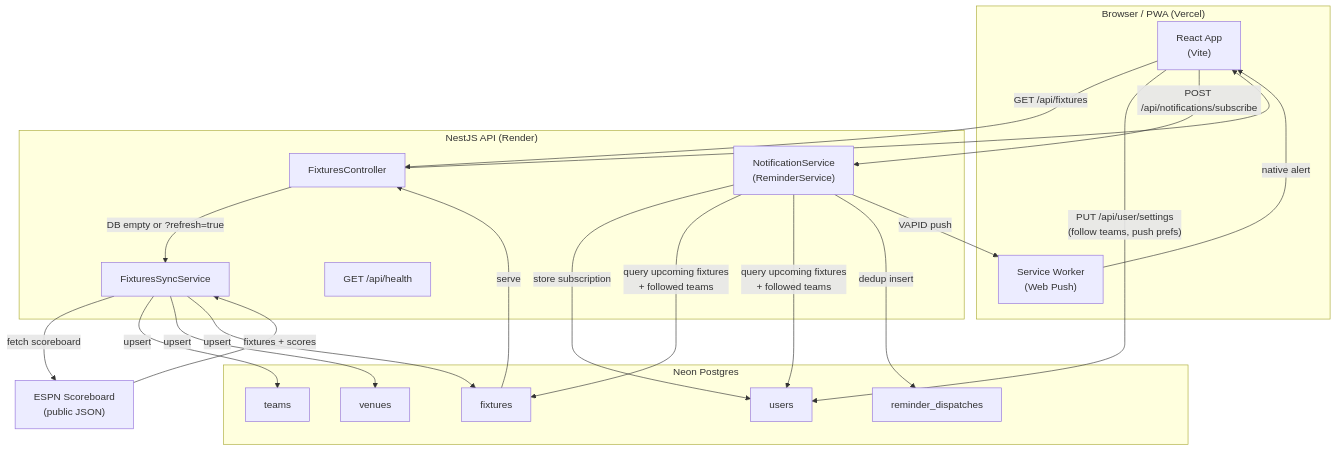
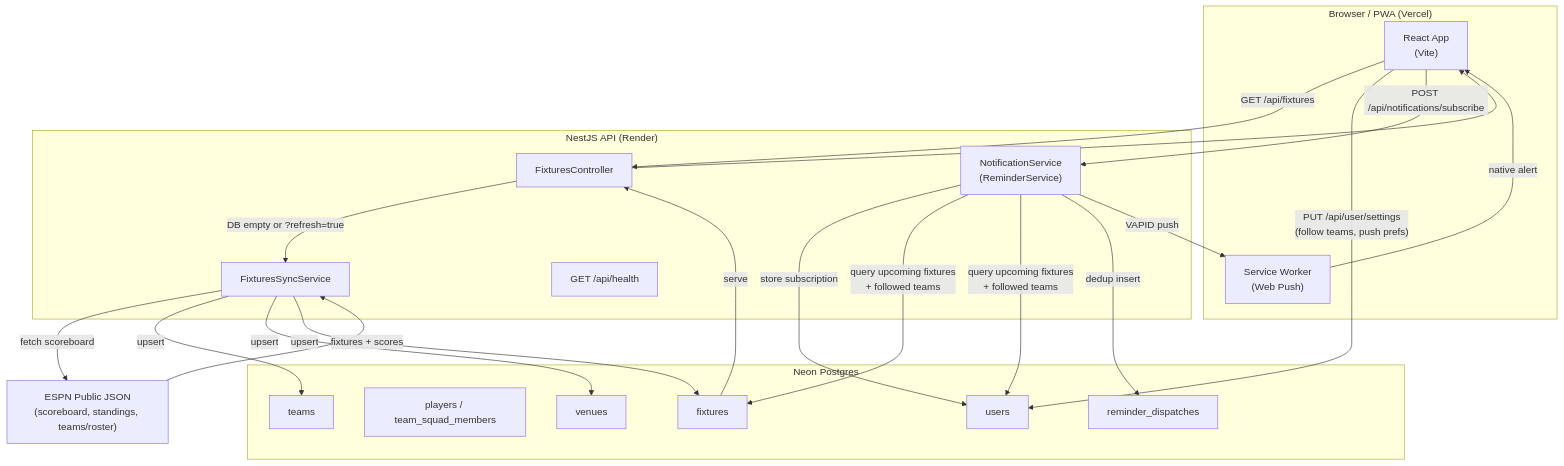
Before and after one commit to akhileshnr1998/fifa-personal-tracker: the diagram in README.md, drawn with Mermaid. The commit also changed other lines of this file and 38 other files, not shown here.

Commit message:
feat(teams): add squads API, ESPN roster hydration, and Teams widget browser

````diff
--- a/README.md
+++ b/README.md
@@ -104,39 +119,40 @@
 ```mermaid
 flowchart TD
     subgraph Client["Browser / PWA (Vercel)"]
         UI["React App\n(Vite)"]
         SW["Service Worker\n(Web Push)"]
     end
 
     subgraph API["NestJS API (Render)"]
         FC["FixturesController"]
         FS["FixturesSyncService"]
         NS["NotificationService\n(ReminderService)"]
         HE["GET /api/health"]
     end
 
     subgraph DB["Neon Postgres"]
         T["teams"]
+        P["players / team_squad_members"]
         V["venues"]
         FX["fixtures"]
         U["users"]
         RD["reminder_dispatches"]
     end
 
-    ESPN["ESPN Scoreboard\n(public JSON)"]
+    ESPN["ESPN Public JSON\n(scoreboard, standings, teams/roster)"]
 
     UI -- "GET /api/fixtures" --> FC
     FC -- "DB empty or ?refresh=true" --> FS
     FS -- "fetch scoreboard" --> ESPN
     ESPN -- "fixtures + scores" --> FS
     FS -- "upsert" --> T & V & FX
     FX -- "serve" --> FC --> UI
 
     UI -- "PUT /api/user/settings\n(follow teams, push prefs)" --> U
     UI -- "POST /api/notifications/subscribe" --> NS
     NS -- "store subscription" --> U
     NS -- "query upcoming fixtures\n+ followed teams" --> FX & U
     NS -- "dedup insert" --> RD
     NS -- "VAPID push" --> SW
     SW -- "native alert" --> UI
 ```
````
